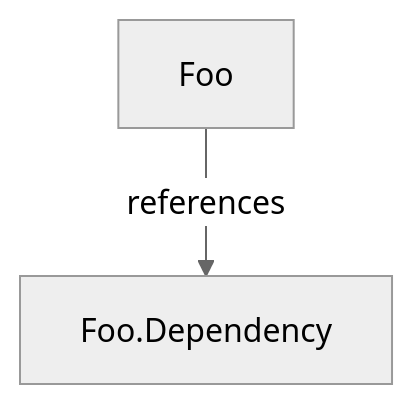
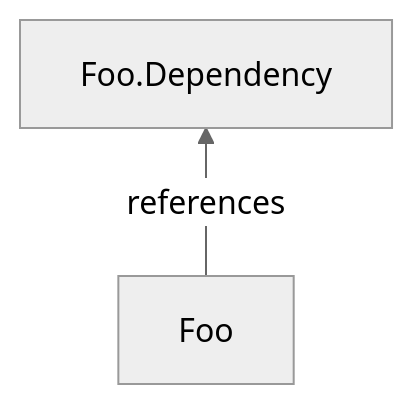
The second of 2 diagrams in conceptual/Aspects/Testing/aspect-testing.md (postsharp/Metalama.Documentation), drawn with Mermaid (neutral theme) before and after one commit. The commit also changed other lines of this file and 3 other files, not shown here.

Commit message:
Improved conceptual diagrams

````diff
--- a/conceptual/Aspects/Testing/aspect-testing.md
+++ b/conceptual/Aspects/Testing/aspect-testing.md
@@ -238,4 +238,4 @@
 ```mermaid
-graph TD
+graph BT
     Foo -- references --> Foo.Dependency
 ```
````
